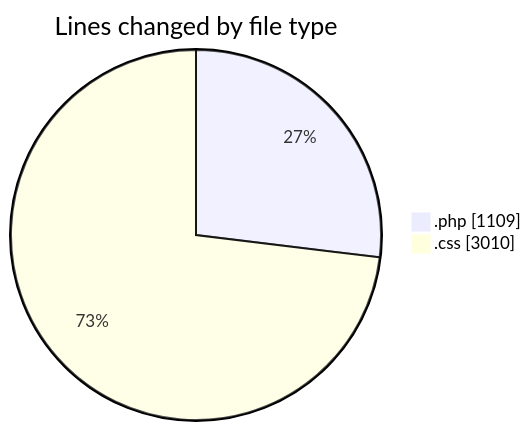
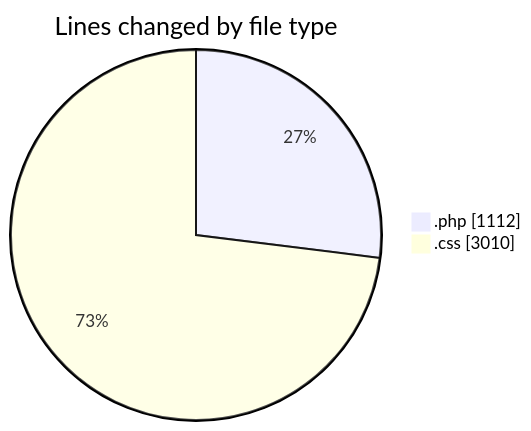
The first of 2 diagrams in 2026-11-10/wp-content__workspace_/README.md (debugP/code-tracking), drawn with Mermaid before and after one commit. The commit also changed other lines of this file and 1 other file, not shown here.

````diff
--- a/2026-11-10/wp-content__workspace_/README.md
+++ b/2026-11-10/wp-content__workspace_/README.md
@@ -21,6 +21,6 @@
 ```mermaid
 pie showData
 title Lines changed by file type
-".php" : 1109
+".php" : 1112
 ".css" : 3010
 ```
````
